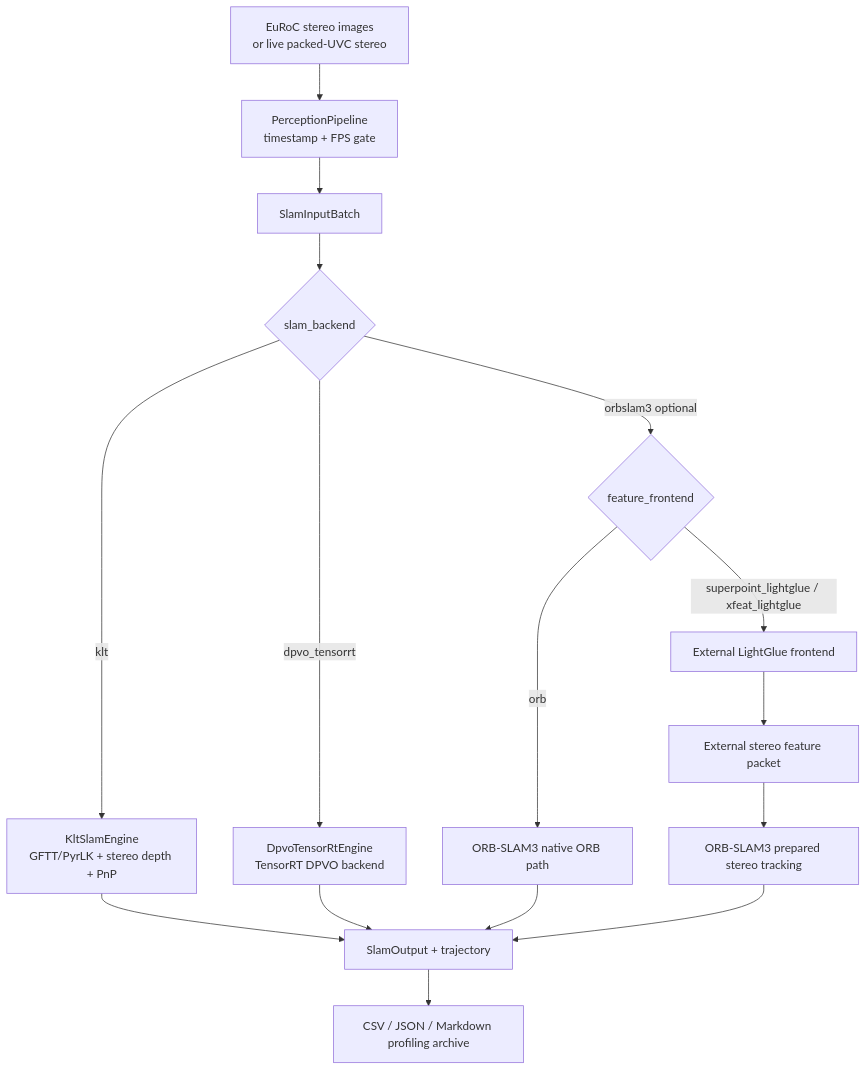
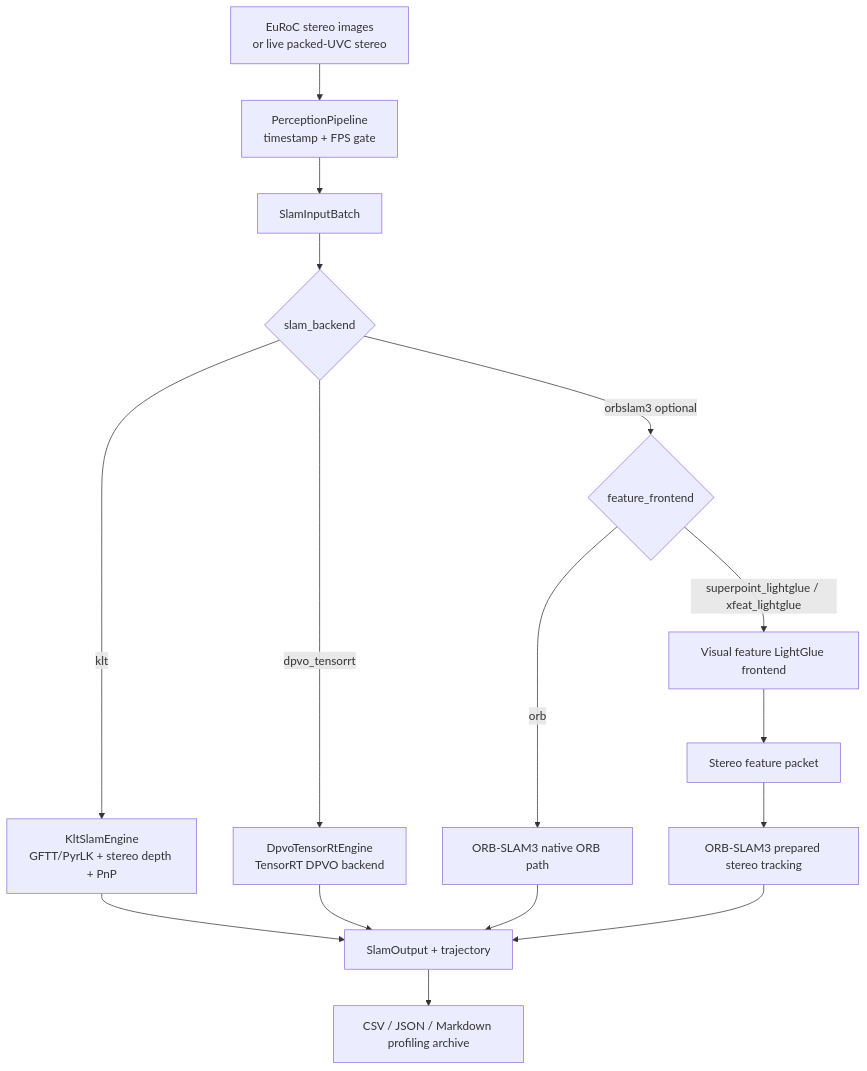
Before and after one commit to litingzhang/SmartDrone: the diagram in docs/slam_modes_euroc.md, drawn with Mermaid. The commit also changed other lines of this file and 173 other files, not shown here.

````diff
--- a/docs/slam_modes_euroc.md
+++ b/docs/slam_modes_euroc.md
@@ -9,18 +9,18 @@
 ```mermaid
 flowchart TD
     A[EuRoC stereo images<br/>or live packed-UVC stereo] --> B[PerceptionPipeline<br/>timestamp + FPS gate]
     B --> C[SlamInputBatch]
     C --> D{slam_backend}
     D -- klt --> E[KltSlamEngine<br/>GFTT/PyrLK + stereo depth + PnP]
     D -- dpvo_tensorrt --> F[DpvoTensorRtEngine<br/>TensorRT DPVO backend]
     D -- orbslam3 optional --> G{feature_frontend}
     G -- orb --> H[ORB-SLAM3 native ORB path]
-    G -- superpoint_lightglue / xfeat_lightglue --> I[External LightGlue frontend]
-    I --> J[External stereo feature packet]
+    G -- superpoint_lightglue / xfeat_lightglue --> I[Visual feature LightGlue frontend]
+    I --> J[Stereo feature packet]
     J --> K[ORB-SLAM3 prepared stereo tracking]
     E --> L[SlamOutput + trajectory]
     F --> L
     H --> L
     K --> L
     L --> M[CSV / JSON / Markdown profiling archive]
 ```
````
